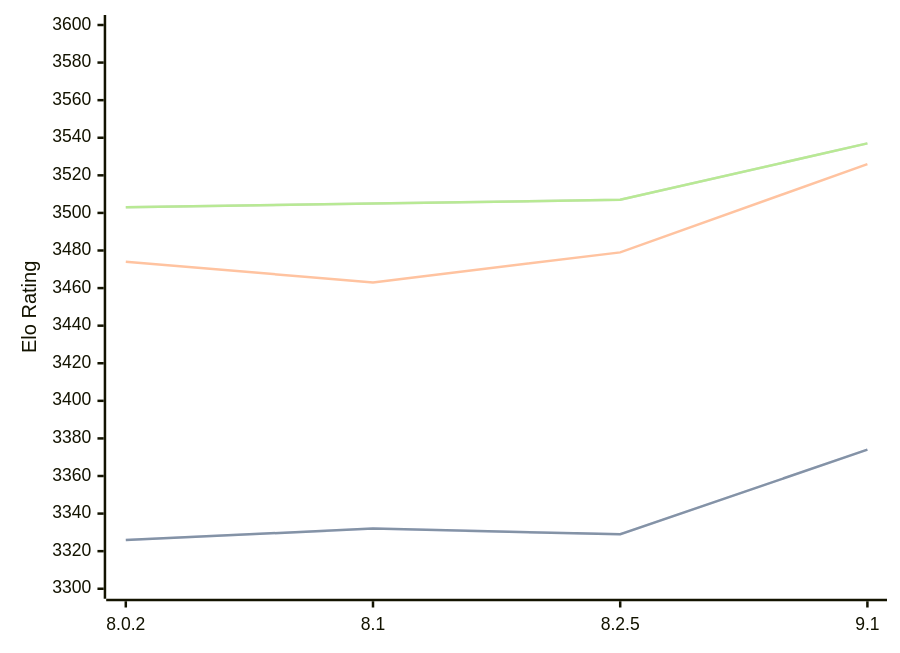
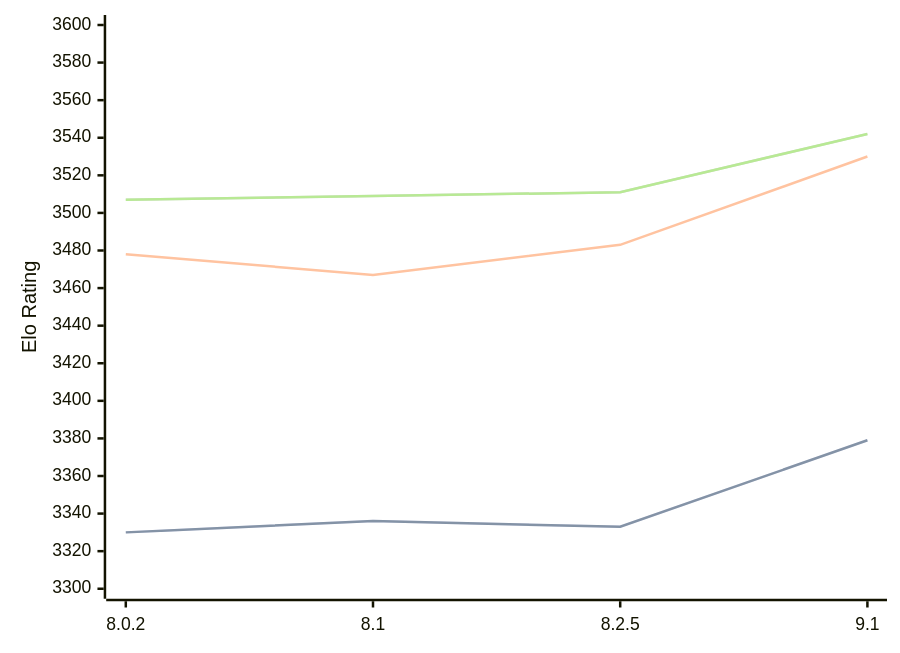
One commit to computer-chess-index/cci changed the diagram in engines/Clover.md. Above: the diagram before and after it, drawn with Mermaid. The commit also changed other lines of this file, not shown here.

Commit message:
Update CCI Ratings (ELO VLTC) - 2026-08-18

````diff
--- a/engines/Clover.md
+++ b/engines/Clover.md
@@ -35,11 +35,11 @@
 ```mermaid
 %%{init: {"theme":"base","themeVariables":{"seriesColors:['#a3a3a3','#222221','#faa371']}}}%%
 xychart-beta
   x-axis ["8.0.2", "8.1", "8.2.5", "9.1"]
   y-axis "Elo Rating" 3300 --> 3600
-  line "STC (8.0+0.08s)" [3326, 3332, 3329, 3374]
-  line "STC (8.0+0.08s)" [3326, 3332, 3329, 3374]
-  line "LTC (60.0+0.60s)" [3474, 3463, 3479, 3526]
-  line "VLTC (2m24s+1.12s)" [3503, 3505, 3507, 3537]
-  line "VLTC (2m24s+1.12s)" [3503, 3505, 3507, 3537]
+  line "STC (8.0+0.08s)" [3330, 3336, 3333, 3379]
+  line "STC (8.0+0.08s)" [3330, 3336, 3333, 3379]
+  line "LTC (60.0+0.60s)" [3478, 3467, 3483, 3530]
+  line "VLTC (2m24s+1.12s)" [3507, 3509, 3511, 3542]
+  line "VLTC (2m24s+1.12s)" [3507, 3509, 3511, 3542]
 ```
````
